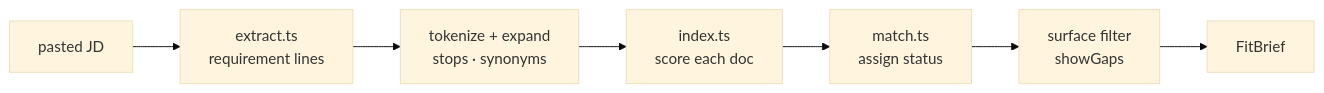
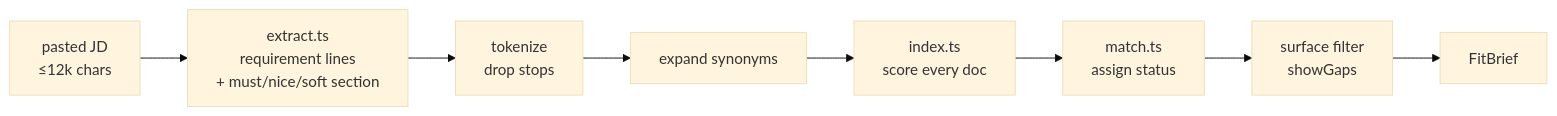
One commit to rolefinder/show-your-work changed the ninth of 14 diagrams in ARCHITECTURE.md. Above: the diagram before and after it, drawn with Mermaid (base theme). The commit also changed other lines of this file, not shown here.

````diff
--- a/ARCHITECTURE.md
+++ b/ARCHITECTURE.md
@@ -228,9 +486,10 @@
 ```mermaid
 flowchart LR
-    JD["pasted JD"] --> EX["extract.ts<br/>requirement lines"]
-    EX --> TOK["tokenize + expand<br/>stops · synonyms"]
-    TOK --> RET["index.ts<br/>score each doc"]
-    RET --> ST["match.ts<br/>assign status"]
-    ST --> FILT["surface filter<br/>showGaps"]
-    FILT --> BRIEF["FitBrief"]
+    JD["pasted JD<br/>≤12k chars"] --> EX["extract.ts<br/>requirement lines<br/>+ must/nice/soft section"]
+    EX --> TK["tokenize<br/>drop stops"]
+    TK --> SY["expand synonyms"]
+    SY --> RT["index.ts<br/>score every doc"]
+    RT --> ST["match.ts<br/>assign status"]
+    ST --> FI["surface filter<br/>showGaps"]
+    FI --> BR["FitBrief"]
 ```
````
